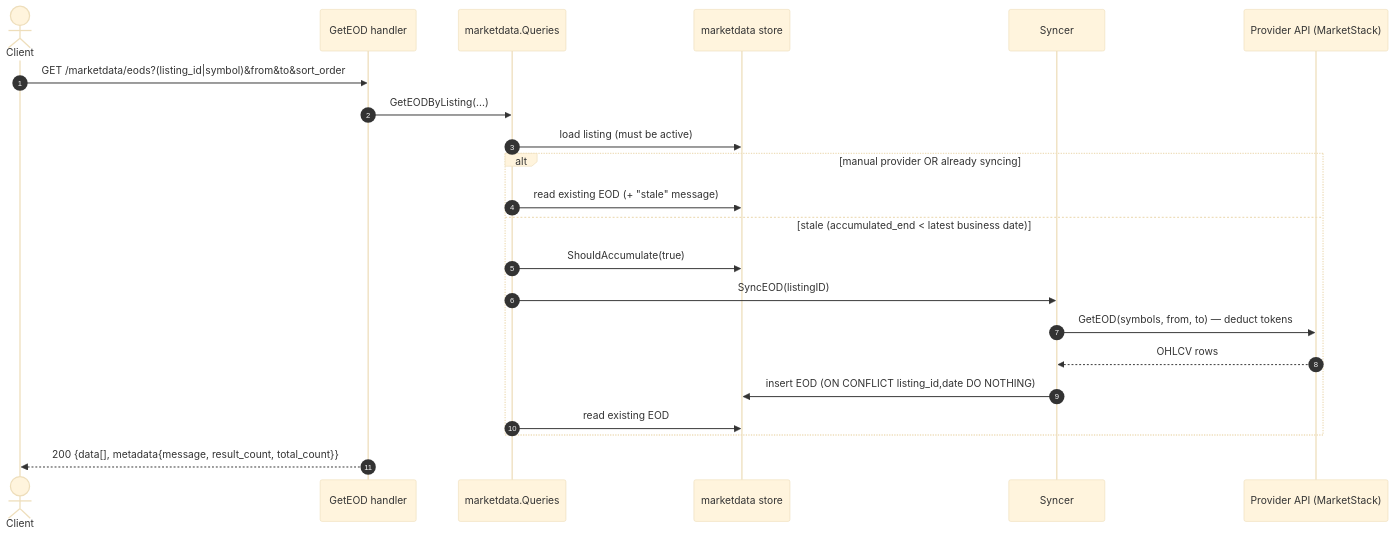
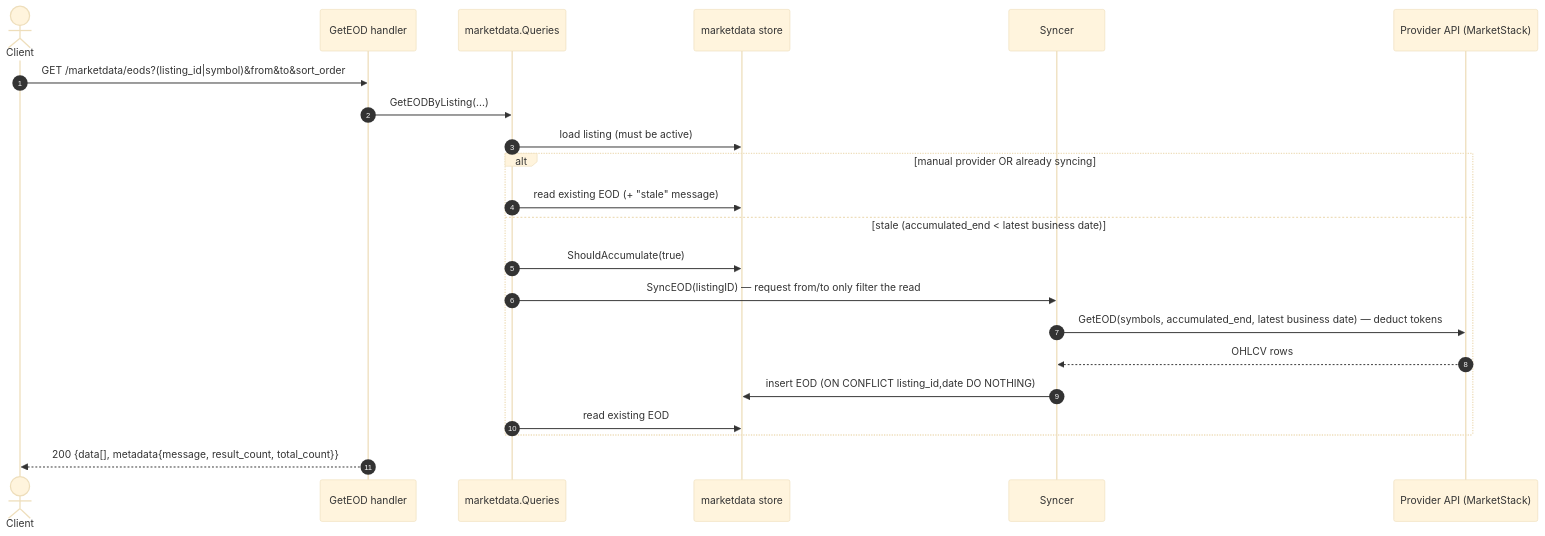
The fourth of 4 diagrams in apps/api/docs/features/[005]_MARKET_DATA.md (lennardclaproth/ta11y), drawn with Mermaid (base theme) before and after one commit. The commit also changed other lines of this file and 188 other files, not shown here.

````diff
--- a/apps/api/docs/features/[005]_MARKET_DATA.md
+++ b/apps/api/docs/features/[005]_MARKET_DATA.md
@@ -173,25 +173,25 @@
 ```mermaid
 sequenceDiagram
     autonumber
     actor Client
     participant H as GetEOD handler
     participant Q as marketdata.Queries
     participant ST as marketdata store
     participant SY as Syncer
     participant P as Provider API (MarketStack)
 
     Client->>H: GET /marketdata/eods?(listing_id|symbol)&from&to&sort_order
     H->>Q: GetEODByListing(...)
     Q->>ST: load listing (must be active)
     alt manual provider OR already syncing
         Q->>ST: read existing EOD (+ "stale" message)
     else stale (accumulated_end < latest business date)
         Q->>ST: ShouldAccumulate(true)
-        Q->>SY: SyncEOD(listingID)
-        SY->>P: GetEOD(symbols, from, to) — deduct tokens
+        Q->>SY: SyncEOD(listingID) — request from/to only filter the read
+        SY->>P: GetEOD(symbols, accumulated_end, latest business date) — deduct tokens
         P-->>SY: OHLCV rows
         SY->>ST: insert EOD (ON CONFLICT listing_id,date DO NOTHING)
         Q->>ST: read existing EOD
     end
     H-->>Client: 200 {data[], metadata{message, result_count, total_count}}
 ```
````
